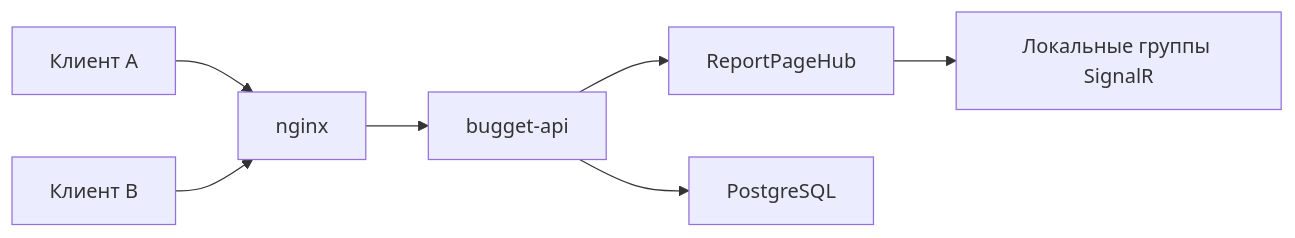
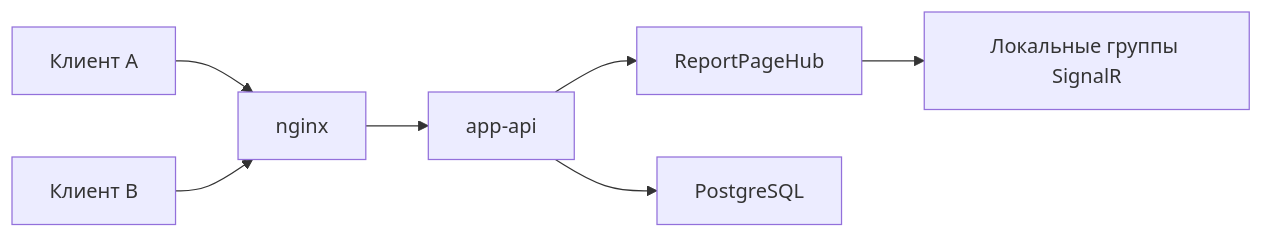
Before and after one commit to gently-whitesnow/final-qualifying-work: the first of 3 diagrams in materials/vkr-draft-content.md, drawn with Mermaid. The commit also changed other lines of this file and 42 other files, not shown here.

Commit message:
Update DOCX generation with new figures and refine draft content for final qualifying work, including enhancements to architecture descriptions and real-time interface details.

````diff
--- a/materials/vkr-draft-content.md
+++ b/materials/vkr-draft-content.md
@@ -139,9 +141,9 @@
 ```mermaid
 flowchart LR
     C1["Клиент A"] --> N["nginx"]
     C2["Клиент B"] --> N
-    N --> A1["bugget-api"]
+    N --> A1["app-api"]
     A1 --> H["ReportPageHub"]
     A1 --> DB["PostgreSQL"]
     H --> G["Локальные группы SignalR"]
 ```
````
